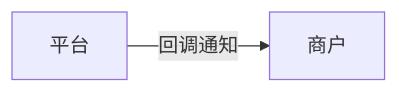
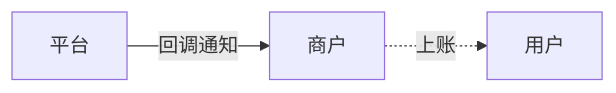
The fourth of 6 diagrams in user-guide/overview/functional-mechanism.mdx (pbhaoo/docs), drawn with Mermaid before and after one commit. The commit also changed other lines of this file and 7 other files, not shown here.

````diff
--- a/user-guide/overview/functional-mechanism.mdx
+++ b/user-guide/overview/functional-mechanism.mdx
@@ -43,4 +43,4 @@
 ```mermaid
     flowchart LR
-       平台 -->|回调通知| 商户
+       平台 -->|回调通知| 商户 -.->|上账| 用户
 ```
````
